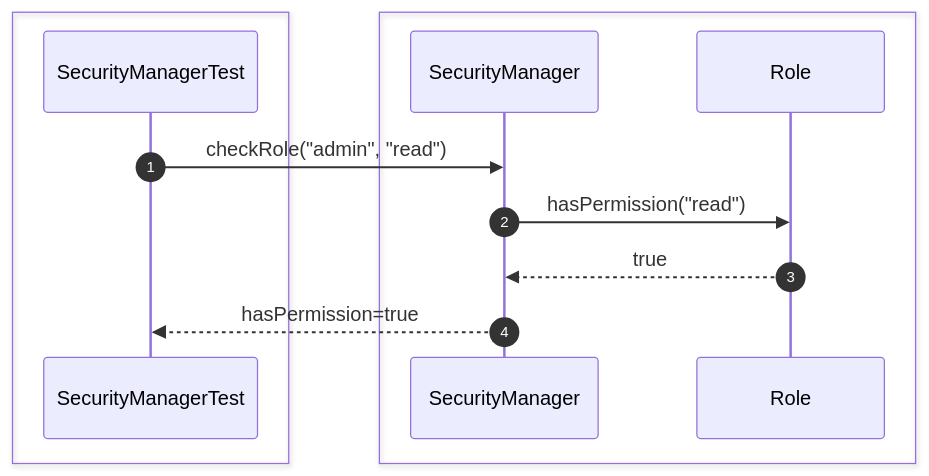
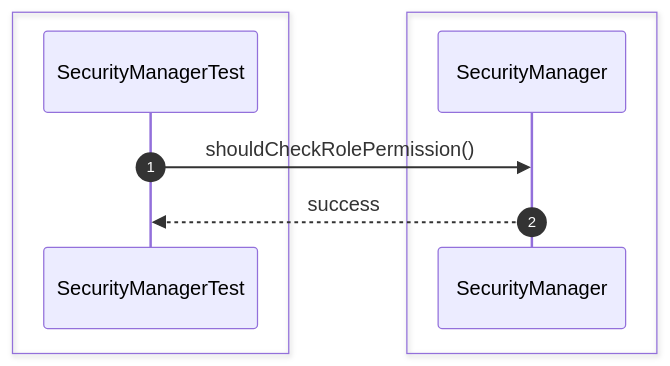
Before and after one commit to Huy1801214/dbms-architecture: the eighth of 35 diagrams in src/sequence/security.md, drawn with Mermaid. The commit also changed other lines of this file and 68 other files, not shown here.

Commit message:
implement comprehensive unit test suite and architectural sequence documentation

````diff
--- a/src/sequence/security.md
+++ b/src/sequence/security.md
@@ -142,17 +111,13 @@
 ```mermaid
 sequenceDiagram
     autonumber
-
     box #e1f5fe Test Suite
     participant Test as SecurityManagerTest
     end
-    box #e3f2fd Security Components
-    participant Security as SecurityManager
-    participant Role as Role
+    box #e3f2fd SecurityManager Component
+    participant SM as SecurityManager
     end
 
-    Test->>Security: checkRole("admin", "read")
-    Security->>Role: hasPermission("read")
-    Role-->>Security: true
-    Security-->>Test: hasPermission=true
+    Test->>SM: shouldCheckRolePermission()
+    SM-->>Test: success
 ```
````
